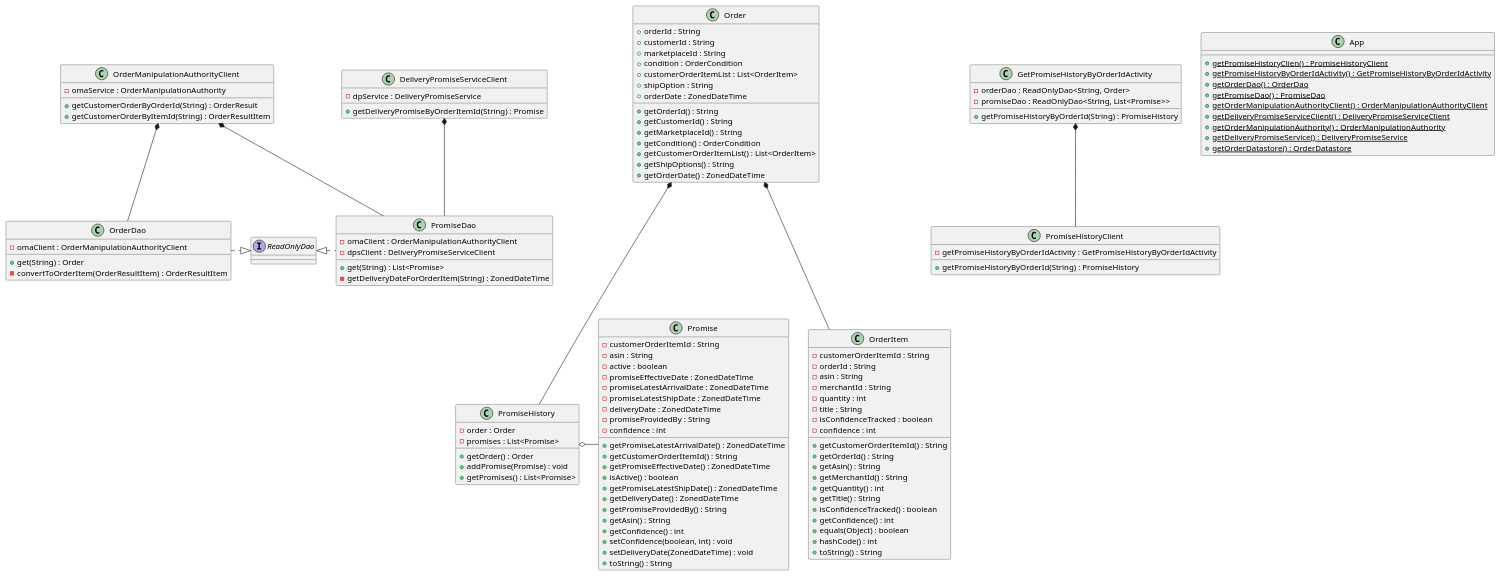
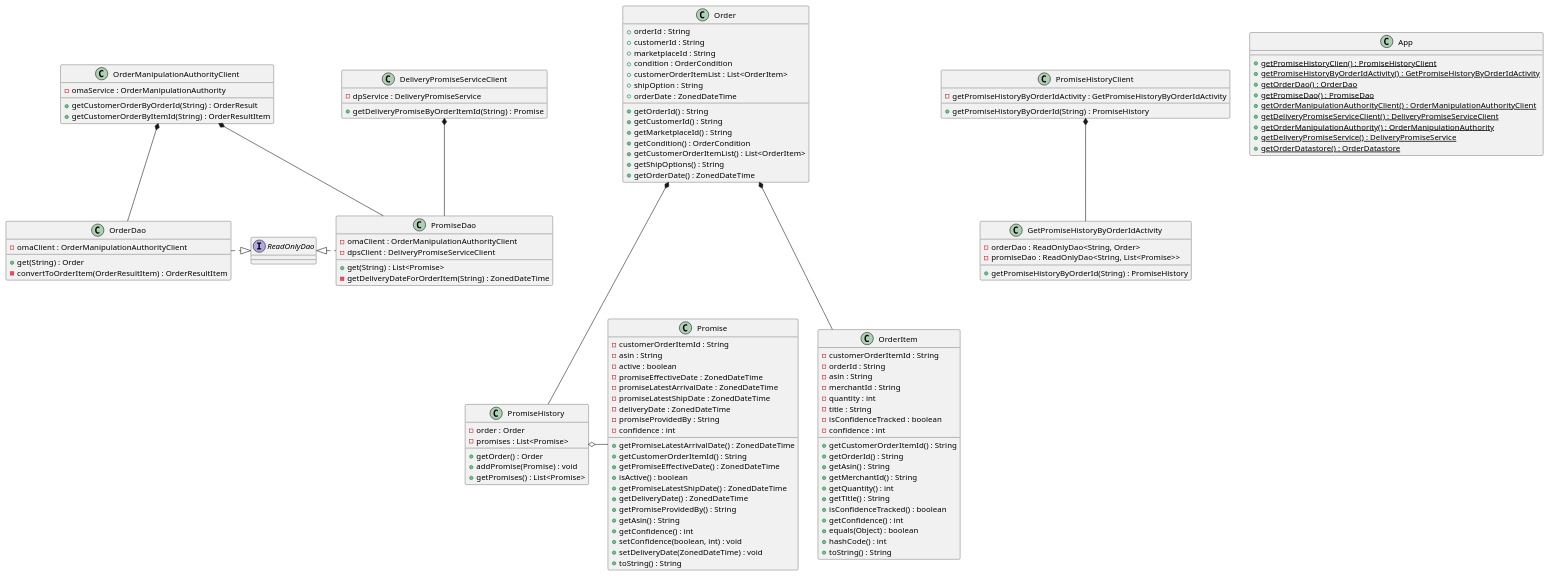
The diagram in src/resources/deliveringonourpromise_CD.puml (Dicerson/Unit2SprintAssessment), drawn with PlantUML before and after one commit. The commit also changed 10 other files, not shown here.

```diff
--- a/src/resources/deliveringonourpromise_CD.puml
+++ b/src/resources/deliveringonourpromise_CD.puml
@@ -1,128 +1,128 @@
 @startuml
 'https://plantuml.com/class-diagram
 
 class PromiseHistoryClient {
     - getPromiseHistoryByOrderIdActivity : GetPromiseHistoryByOrderIdActivity
     + getPromiseHistoryByOrderId(String) : PromiseHistory
 }
 class GetPromiseHistoryByOrderIdActivity {
     - orderDao : ReadOnlyDao<String, Order>
     - promiseDao : ReadOnlyDao<String, List<Promise>>
     + getPromiseHistoryByOrderId(String) : PromiseHistory
 }
 class OrderDao {
     - omaClient : OrderManipulationAuthorityClient
     + get(String) : Order
     - convertToOrderItem(OrderResultItem) : OrderResultItem
 }
 class PromiseDao {
     - omaClient : OrderManipulationAuthorityClient
     - dpsClient : DeliveryPromiseServiceClient
     + get(String) : List<Promise>
     - getDeliveryDateForOrderItem(String) : ZonedDateTime
 }
 class OrderManipulationAuthorityClient {
     - omaService : OrderManipulationAuthority
     + getCustomerOrderByOrderId(String) : OrderResult
     + getCustomerOrderByItemId(String) : OrderResultItem
 }
 class DeliveryPromiseServiceClient {
     - dpService : DeliveryPromiseService
     + getDeliveryPromiseByOrderItemId(String) : Promise
 }
 interface ReadOnlyDao
 
 class Order {
     + orderId : String
     + customerId : String
     + marketplaceId : String
     + condition : OrderCondition
     + customerOrderItemList : List<OrderItem>
     + shipOption : String
     + orderDate : ZonedDateTime
 
     + getOrderId() : String
     + getCustomerId() : String
     + getMarketplaceId() : String
     + getCondition() : OrderCondition
     + getCustomerOrderItemList() : List<OrderItem>
     + getShipOptions() : String
     + getOrderDate() : ZonedDateTime
 }
 class OrderItem {
     - customerOrderItemId : String
     - orderId : String
     - asin : String
     - merchantId : String
     - quantity : int
     - title : String
     - isConfidenceTracked : boolean
     - confidence : int
 
     + getCustomerOrderItemId() : String
     + getOrderId() : String
     + getAsin() : String
     + getMerchantId() : String
     + getQuantity() : int
     + getTitle() : String
     + isConfidenceTracked() : boolean
     + getConfidence() : int
     + equals(Object) : boolean
     + hashCode() : int
     + toString() : String
 }
 class Promise {
     - customerOrderItemId : String
     - asin : String
     - active : boolean
     - promiseEffectiveDate : ZonedDateTime
     - promiseLatestArrivalDate : ZonedDateTime
     - promiseLatestShipDate : ZonedDateTime
     - deliveryDate : ZonedDateTime
     - promiseProvidedBy : String
     - confidence : int
 
     + getPromiseLatestArrivalDate() : ZonedDateTime
     + getCustomerOrderItemId() : String
     + getPromiseEffectiveDate() : ZonedDateTime
     + isActive() : boolean
     + getPromiseLatestShipDate() : ZonedDateTime
     + getDeliveryDate() : ZonedDateTime
     + getPromiseProvidedBy() : String
     + getAsin() : String
     + getConfidence() : int
     + setConfidence(boolean, int) : void
     + setDeliveryDate(ZonedDateTime) : void
     + toString() : String
 }
 class PromiseHistory {
     - order : Order
     - promises : List<Promise>
 
     + getOrder() : Order
     + addPromise(Promise) : void
     + getPromises() : List<Promise>
 }
 
 class App {
     + getPromiseHistoryClien() : PromiseHistoryClient {static}
     + getPromiseHistoryByOrderIdActivity() : GetPromiseHistoryByOrderIdActivity {static}
     + getOrderDao() : OrderDao {static}
     + getPromiseDao() : PromiseDao {static}
     + getOrderManipulationAuthorityClient() : OrderManipulationAuthorityClient {static}
     + getDeliveryPromiseServiceClient() : DeliveryPromiseServiceClient {static}
     + getOrderManipulationAuthority() : OrderManipulationAuthority {static}
     + getDeliveryPromiseService() : DeliveryPromiseService {static}
     + getOrderDatastore() : OrderDatastore {static}
 }
 
-GetPromiseHistoryByOrderIdActivity *-- PromiseHistoryClient
+PromiseHistoryClient *-- GetPromiseHistoryByOrderIdActivity
 DeliveryPromiseServiceClient *-- PromiseDao
 OrderManipulationAuthorityClient *-- OrderDao
 OrderManipulationAuthorityClient *-- PromiseDao
 OrderDao .|> ReadOnlyDao
 ReadOnlyDao <|. PromiseDao
 Order *--- OrderItem
 Order *--- PromiseHistory
 PromiseHistory o- Promise
 @enduml
```
